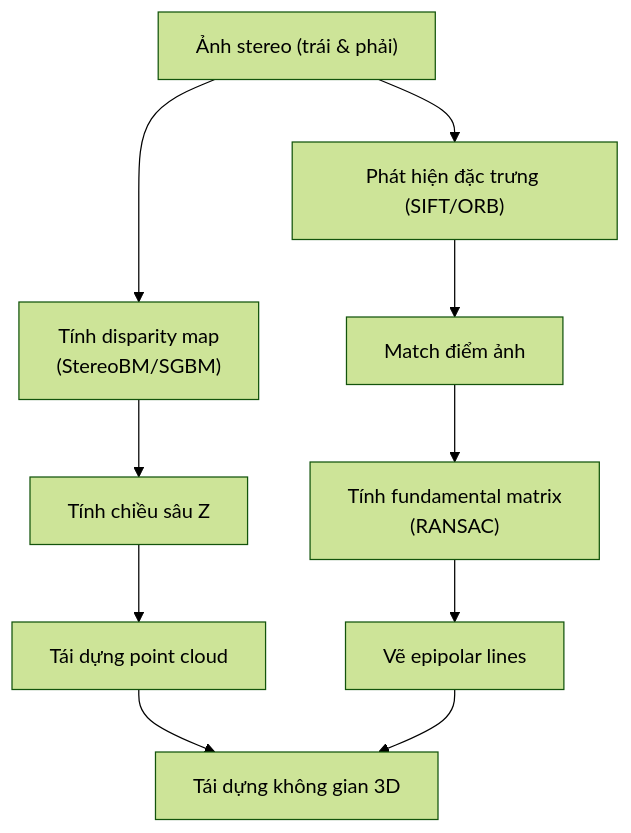
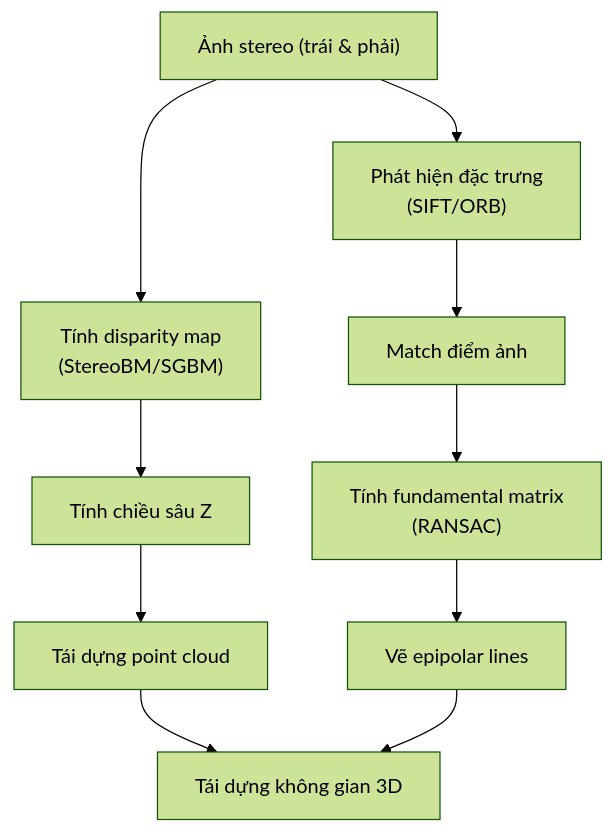
The diagram in 3d-reconstruction/README.md (hino-hatake/computer-vision), drawn with Mermaid (forest theme) before and after one commit. The commit also changed other lines of this file and 7 other files, not shown here.

````diff
--- a/3d-reconstruction/README.md
+++ b/3d-reconstruction/README.md
@@ -23,14 +23,14 @@
 ```mermaid
 flowchart TD
-    A["Ảnh stereo (trái & phải)"] --> B1["Tính disparity map\n(StereoBM/SGBM)"]
+    A["Ảnh stereo (trái & phải)"] --> B1["Tính disparity map <br/> (StereoBM/SGBM)"]
     B1 --> B2[Tính chiều sâu Z]
     B2 --> B3[Tái dựng point cloud]
 
-    A --> C1["Phát hiện đặc trưng (SIFT/ORB)"]
+    A --> C1["Phát hiện đặc trưng <br/> (SIFT/ORB)"]
     C1 --> C2["Match điểm ảnh"]
-    C2 --> C3["Tính fundamental matrix\n(RANSAC)"]
+    C2 --> C3["Tính fundamental matrix <br/> (RANSAC)"]
     C3 --> C4["Vẽ epipolar lines"]
 
     B3 --> D[Tái dựng không gian 3D]
     C4 --> D
 ```
````
